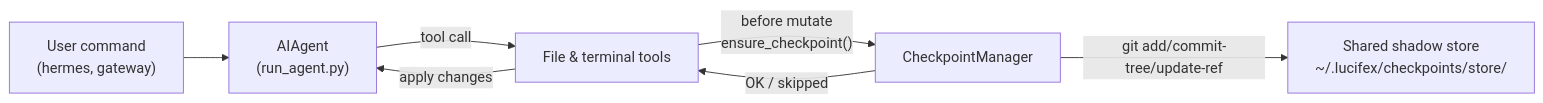
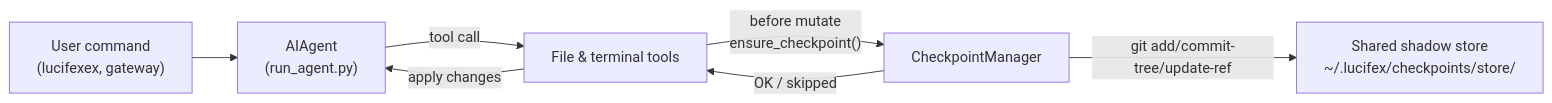
Before and after one commit to Gabrie-yx/lucifexia: the diagram in website/docs/user-guide/checkpoints-and-rollback.md, drawn with Mermaid. The commit also changed other lines of this file and 1665 other files, not shown here.

````diff
--- a/website/docs/user-guide/checkpoints-and-rollback.md
+++ b/website/docs/user-guide/checkpoints-and-rollback.md
@@ -69,15 +69,15 @@
 ```mermaid
 flowchart LR
-  user["User command\n(hermes, gateway)"]
+  user["User command\n(lucifexex, gateway)"]
   agent["AIAgent\n(run_agent.py)"]
   tools["File & terminal tools"]
   cpMgr["CheckpointManager"]
   store["Shared shadow store\n~/.lucifex/checkpoints/store/"]
 
   user --> agent
   agent -->|"tool call"| tools
   tools -->|"before mutate\nensure_checkpoint()"| cpMgr
   cpMgr -->|"git add/commit-tree/update-ref"| store
   cpMgr -->|"OK / skipped"| tools
   tools -->|"apply changes"| agent
 ```
````
